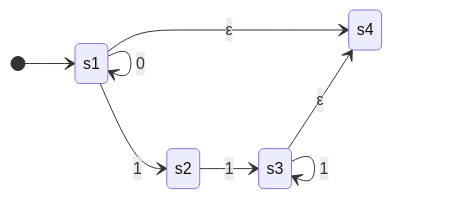
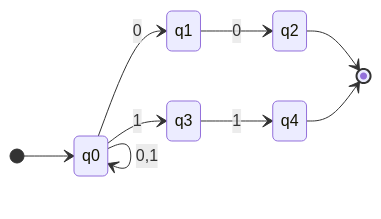
One commit to aarnphm/aarnphm.github.io changed the second of 3 diagrams in content/thoughts/NFA.md. Above: the diagram before and after it, drawn with Mermaid. The commit also changed other lines of this file and 128 other files, not shown here.

Commit message:
feat(mdx): standardize figure-fieldset legends, expand MTP and Qwen3 head spectra, and tighten figure captions

````diff
--- a/content/thoughts/NFA.md
+++ b/content/thoughts/NFA.md
@@ -92,11 +75,12 @@
 ```mermaid
 stateDiagram-v2
-  direction LR
-  [*] --> s1
-  s1 --> s2: 1
-  s2 --> s3: 1
-  s3 --> s4: ε
-  s1 --> s4: ε
-  s1 --> s1: 0
-  s3 --> s3: 1
+    direction LR
+    [*] --> q0
+    q0 --> q0: 0,1
+    q0 --> q1: 0
+    q1 --> q2: 0
+    q0 --> q3: 1
+    q3 --> q4: 1
+    q2 --> [*]
+    q4 --> [*]
 ```
````
